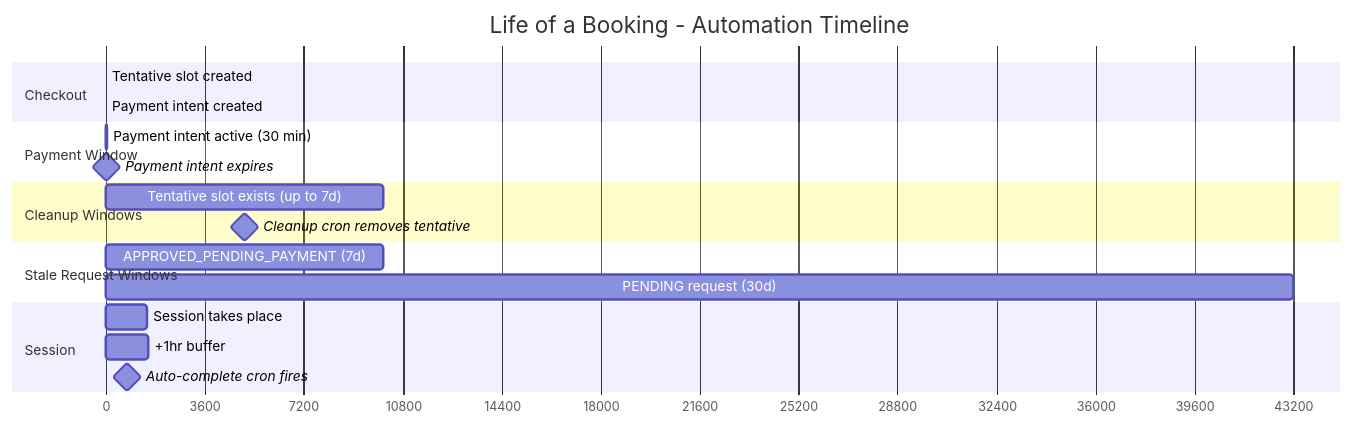
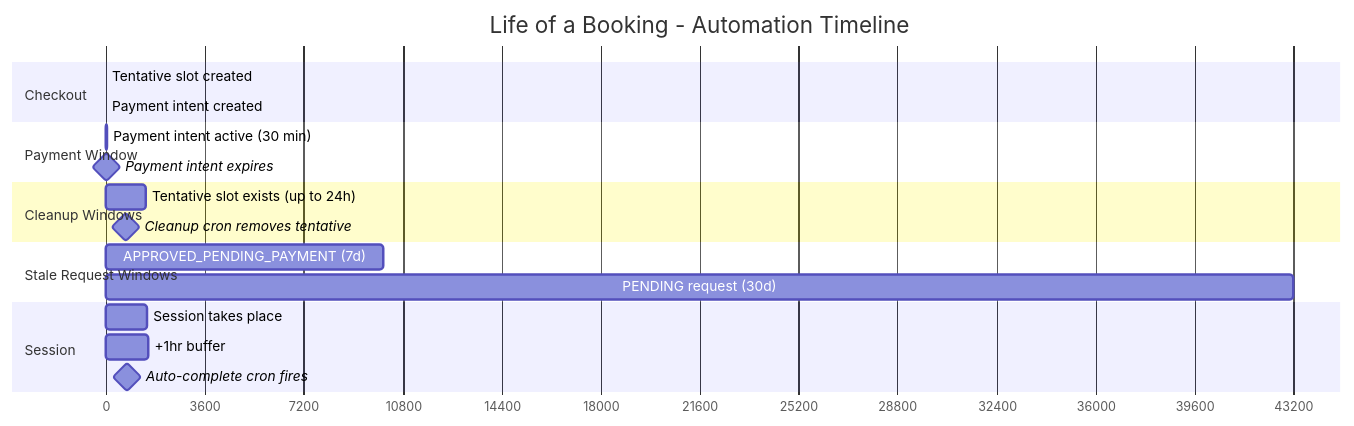
Before and after one commit to Practitionist/familiarise_web: diagram 16 of 16 in docs/booking/06-booking-lifecycle.md, drawn with Mermaid. The commit also changed other lines of this file and 56 other files, not shown here.

````diff
--- a/docs/booking/06-booking-lifecycle.md
+++ b/docs/booking/06-booking-lifecycle.md
@@ -1190,27 +1190,27 @@
 ```mermaid
 gantt
     title Life of a Booking - Automation Timeline
     dateFormat X
     axisFormat %s
 
     section Checkout
     Tentative slot created           :a1, 0, 1
     Payment intent created           :a2, 0, 1
 
     section Payment Window
     Payment intent active (30 min)   :a3, 0, 30
     Payment intent expires           :milestone, 30, 30
 
     section Cleanup Windows
-    Tentative slot exists (up to 7d)  :a4, 0, 10080
-    Cleanup cron removes tentative    :milestone, 10080, 10080
+    Tentative slot exists (up to 24h) :a4, 0, 1440
+    Cleanup cron removes tentative    :milestone, 1440, 1440
 
     section Stale Request Windows
     APPROVED_PENDING_PAYMENT (7d)     :a5, 0, 10080
     PENDING request (30d)             :a6, 0, 43200
 
     section Session
     Session takes place               :a7, 1440, 1500
     +1hr buffer                       :a8, 1500, 1560
     Auto-complete cron fires          :milestone, 1560, 1560
 ```
````
